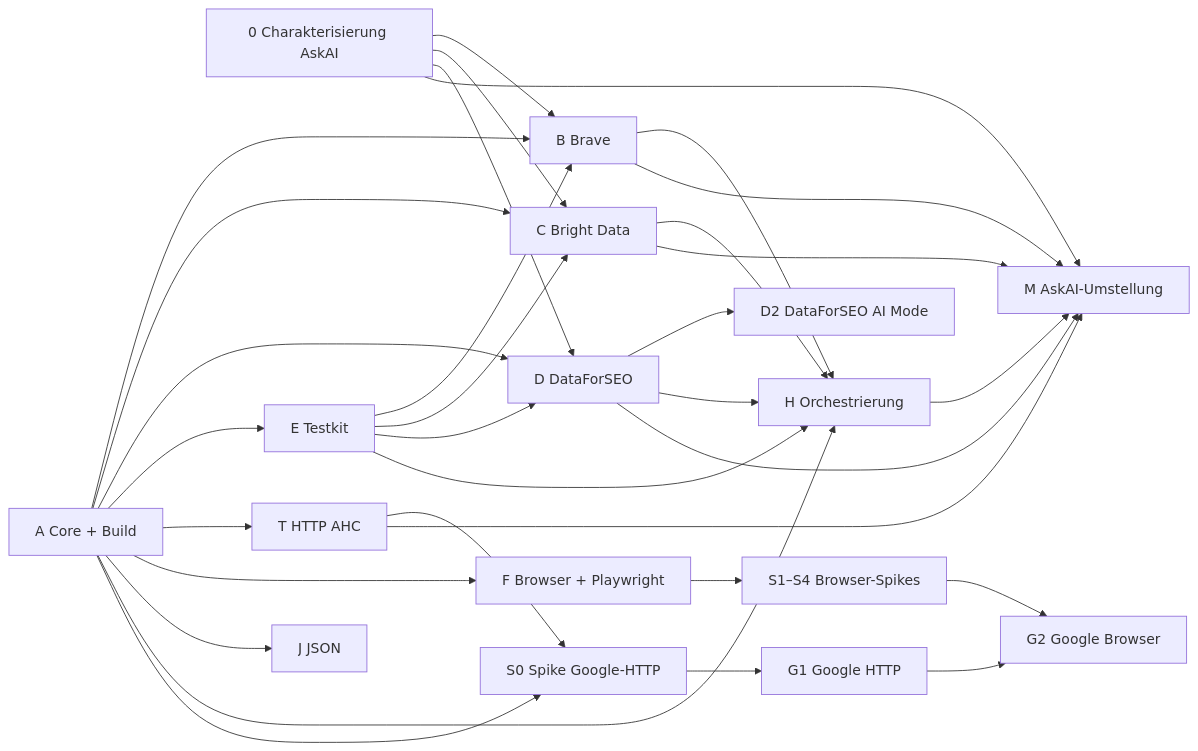
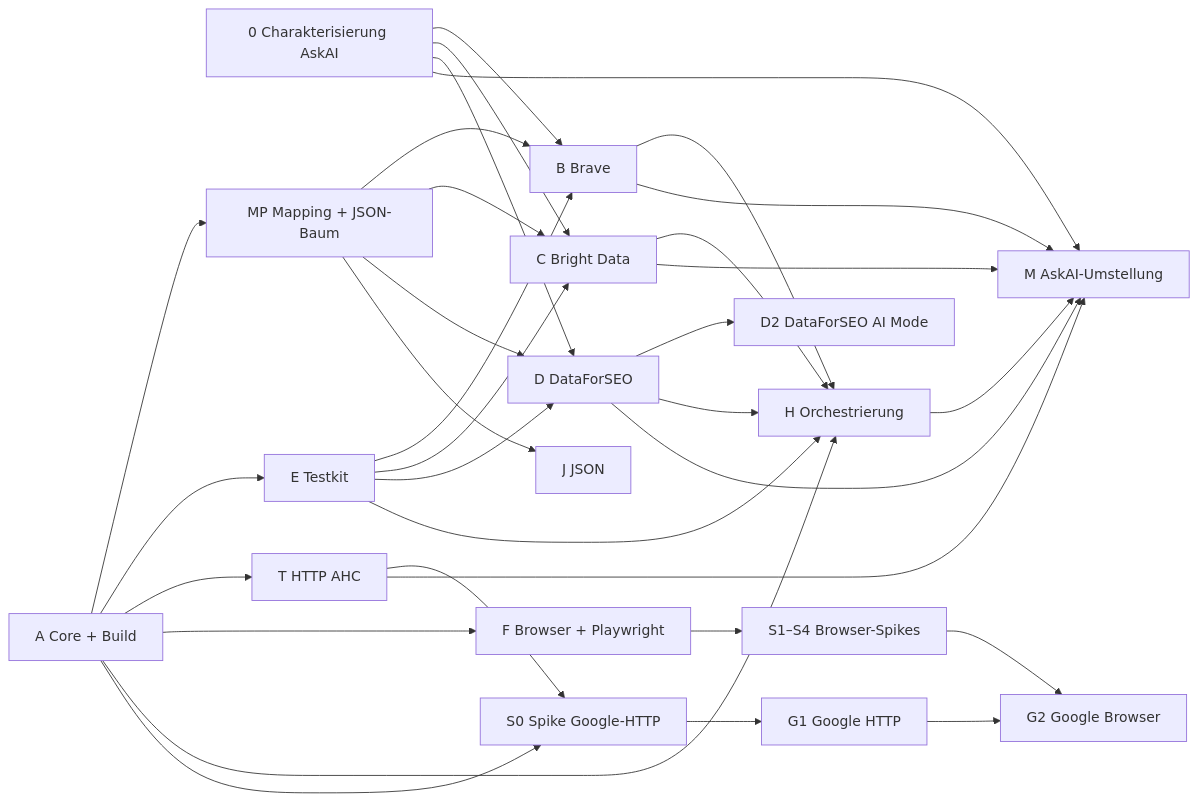
Before and after one commit to aresstack/Serp4J: the diagram in docs/architecture/implementation-plan.md, drawn with Mermaid. The commit also changed other lines of this file and 18 other files, not shown here.

First line of the commit message:
docs(architecture): Response-Mapping in zwei Ebenen (ADR-019, Modul serp4j-mapping) mit Prototyp

````diff
--- a/docs/architecture/implementation-plan.md
+++ b/docs/architecture/implementation-plan.md
@@ -36,29 +37,31 @@
 ```mermaid
 graph LR
     P0[0 Charakterisierung AskAI]
     A[A Core + Build]
     B[B Brave]
     C[C Bright Data]
     D[D DataForSEO]
     E[E Testkit]
+    MP[MP Mapping + JSON-Baum]
     T[T HTTP AHC]
     F[F Browser + Playwright]
     S0[S0 Spike Google-HTTP]
     S14[S1–S4 Browser-Spikes]
     G1[G1 Google HTTP]
     G2[G2 Google Browser]
     D2[D2 DataForSEO AI Mode]
     H[H Orchestrierung]
     J[J JSON]
     M[M AskAI-Umstellung]
 
-    A --> B & C & D & E & T & F & J & H
+    A --> MP & E & T & F & H
+    MP --> B & C & D & J
     E --> B & C & D & H
     P0 --> B & C & D
     A & T --> S0 --> G1
     F --> S14 --> G2
     G1 --> G2
     D --> D2
     B & C & D --> H
     B & C & D & H & T & P0 --> M
 ```
````
